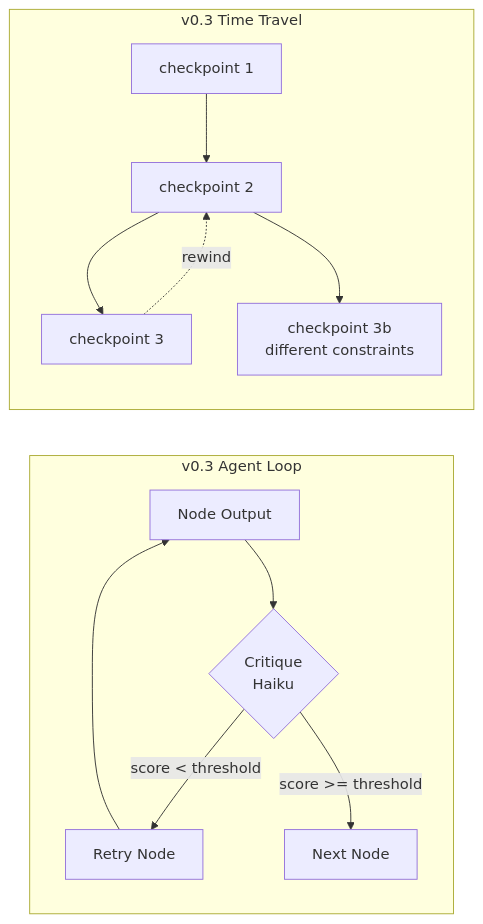
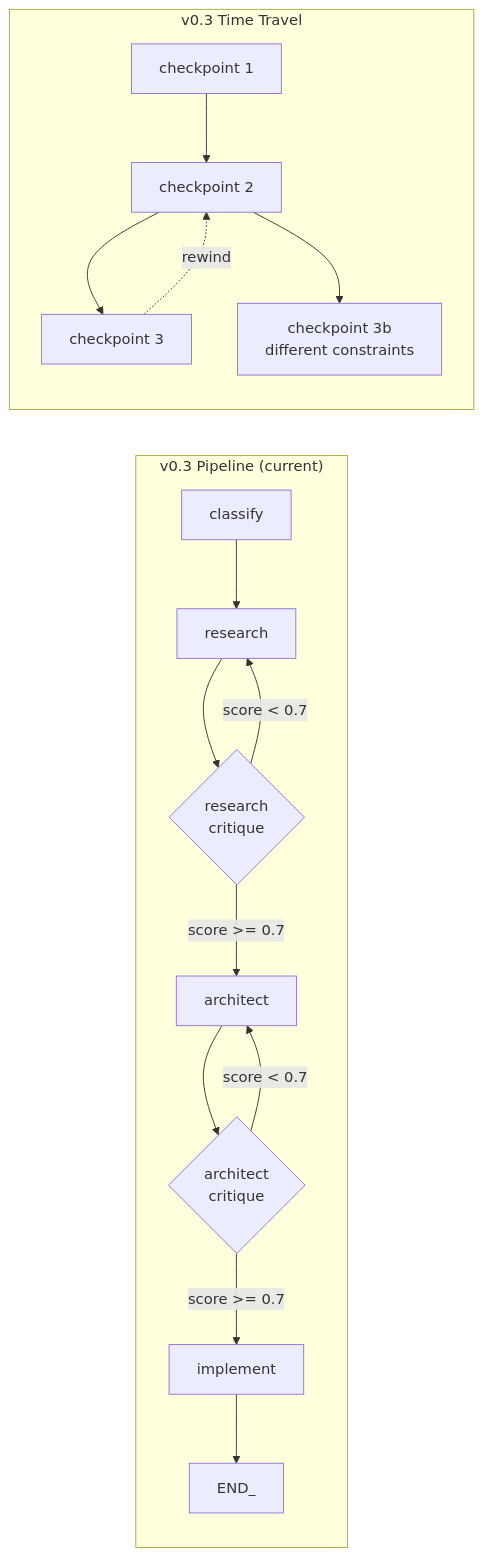
One commit to fsocietydisobey/ai-orchestrator changed the third of 6 diagrams in README.md. Above: the diagram before and after it, drawn with Mermaid. The commit also changed other lines of this file and 15 other files, not shown here.

Commit message:
adding supervisor node to graph

````diff
--- a/README.md
+++ b/README.md
@@ -438,15 +438,19 @@
 ```mermaid
 graph LR
-    subgraph "v0.3 Agent Loop"
-        A[Node Output] --> B{Critique<br/>Haiku}
-        B -->|score < threshold| C[Retry Node]
-        C --> A
-        B -->|score >= threshold| D[Next Node]
+    subgraph "v0.3 Pipeline (current)"
+        CL[classify] --> R[research]
+        R --> RC{research<br/>critique}
+        RC -->|score < 0.7| R
+        RC -->|score >= 0.7| A[architect]
+        A --> AC{architect<br/>critique}
+        AC -->|score < 0.7| A
+        AC -->|score >= 0.7| I[implement]
+        I --> END_
     end
 
     subgraph "v0.3 Time Travel"
         E[checkpoint 1] --> F[checkpoint 2] --> G[checkpoint 3]
         G -.->|rewind| F
         F --> H[checkpoint 3b<br/>different constraints]
     end
 ```
````
